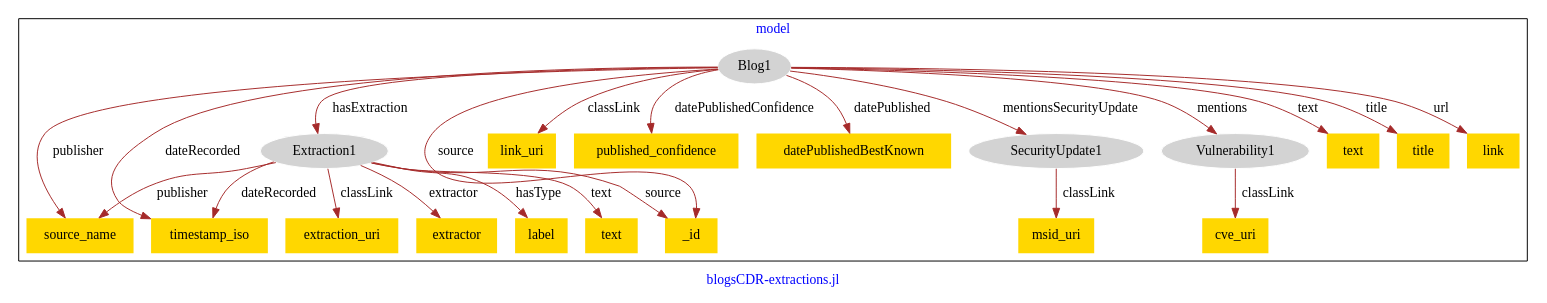
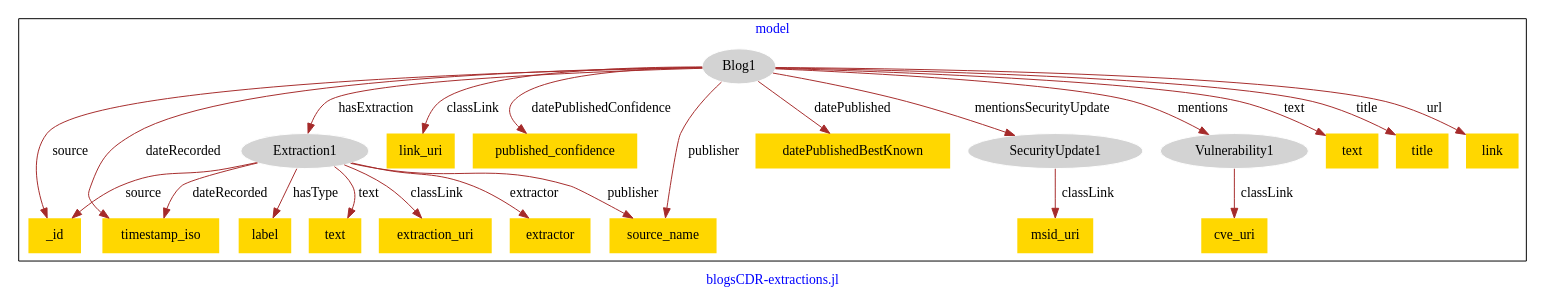
Before and after one commit to usc-isi-i2/effect-alignment: the diagram in models/hg-blogs/blogs-model.dot, drawn with Graphviz.

Commit message:
Update file blogs-model.dot

```diff
--- a/models/hg-blogs/blogs-model.dot
+++ b/models/hg-blogs/blogs-model.dot
@@ -1,48 +1,48 @@
 digraph n0 {
 fontcolor="blue"
 remincross="true"
 label="blogsCDR-extractions.jl"
 subgraph cluster {
 label="model"
 n2[style="filled",color="white",fillcolor="lightgray",label="Extraction1"];
 n3[shape="plaintext",style="filled",fillcolor="gold",label="extraction_uri"];
-n4[shape="plaintext",style="filled",fillcolor="gold",label="timestamp_iso"];
-n5[shape="plaintext",style="filled",fillcolor="gold",label="extractor"];
-n6[shape="plaintext",style="filled",fillcolor="gold",label="label"];
-n7[shape="plaintext",style="filled",fillcolor="gold",label="text"];
-n8[style="filled",color="white",fillcolor="lightgray",label="SecurityUpdate1"];
-n9[shape="plaintext",style="filled",fillcolor="gold",label="msid_uri"];
-n10[style="filled",color="white",fillcolor="lightgray",label="Vulnerability1"];
-n11[shape="plaintext",style="filled",fillcolor="gold",label="cve_uri"];
-n12[style="filled",color="white",fillcolor="lightgray",label="Blog1"];
-n13[shape="plaintext",style="filled",fillcolor="gold",label="link_uri"];
-n14[shape="plaintext",style="filled",fillcolor="gold",label="published_confidence"];
+n4[shape="plaintext",style="filled",fillcolor="gold",label="extractor"];
+n5[shape="plaintext",style="filled",fillcolor="gold",label="label"];
+n6[shape="plaintext",style="filled",fillcolor="gold",label="text"];
+n7[style="filled",color="white",fillcolor="lightgray",label="SecurityUpdate1"];
+n8[shape="plaintext",style="filled",fillcolor="gold",label="msid_uri"];
+n9[style="filled",color="white",fillcolor="lightgray",label="Vulnerability1"];
+n10[shape="plaintext",style="filled",fillcolor="gold",label="cve_uri"];
+n11[style="filled",color="white",fillcolor="lightgray",label="Blog1"];
+n12[shape="plaintext",style="filled",fillcolor="gold",label="link_uri"];
+n13[shape="plaintext",style="filled",fillcolor="gold",label="published_confidence"];
+n14[shape="plaintext",style="filled",fillcolor="gold",label="timestamp_iso"];
 n15[shape="plaintext",style="filled",fillcolor="gold",label="datePublishedBestKnown"];
 n16[shape="plaintext",style="filled",fillcolor="gold",label="source_name"];
 n17[shape="plaintext",style="filled",fillcolor="gold",label="_id"];
 n18[shape="plaintext",style="filled",fillcolor="gold",label="text"];
 n19[shape="plaintext",style="filled",fillcolor="gold",label="title"];
 n20[shape="plaintext",style="filled",fillcolor="gold",label="link"];
 }
 n2 -> n3[color="brown",fontcolor="black",label="classLink"]
-n2 -> n4[color="brown",fontcolor="black",label="dateRecorded"]
-n2 -> n5[color="brown",fontcolor="black",label="extractor"]
-n2 -> n6[color="brown",fontcolor="black",label="hasType"]
-n2 -> n7[color="brown",fontcolor="black",label="text"]
-n8 -> n9[color="brown",fontcolor="black",label="classLink"]
-n10 -> n11[color="brown",fontcolor="black",label="classLink"]
-n12 -> n13[color="brown",fontcolor="black",label="classLink"]
-n12 -> n14[color="brown",fontcolor="black",label="datePublishedConfidence"]
-n12 -> n4[color="brown",fontcolor="black",label="dateRecorded"]
-n12 -> n15[color="brown",fontcolor="black",label="datePublished"]
-n12 -> n16[color="brown",fontcolor="black",label="publisher"]
-n12 -> n17[color="brown",fontcolor="black",label="source"]
-n12 -> n18[color="brown",fontcolor="black",label="text"]
-n12 -> n19[color="brown",fontcolor="black",label="title"]
-n12 -> n20[color="brown",fontcolor="black",label="url"]
-n12 -> n8[color="brown",fontcolor="black",label="mentionsSecurityUpdate"]
-n12 -> n2[color="brown",fontcolor="black",label="hasExtraction"]
+n2 -> n4[color="brown",fontcolor="black",label="extractor"]
+n2 -> n5[color="brown",fontcolor="black",label="hasType"]
+n2 -> n6[color="brown",fontcolor="black",label="text"]
+n7 -> n8[color="brown",fontcolor="black",label="classLink"]
+n9 -> n10[color="brown",fontcolor="black",label="classLink"]
+n11 -> n12[color="brown",fontcolor="black",label="classLink"]
+n11 -> n13[color="brown",fontcolor="black",label="datePublishedConfidence"]
+n11 -> n14[color="brown",fontcolor="black",label="dateRecorded"]
+n11 -> n2[color="brown",fontcolor="black",label="hasExtraction"]
+n11 -> n7[color="brown",fontcolor="black",label="mentionsSecurityUpdate"]
+n11 -> n15[color="brown",fontcolor="black",label="datePublished"]
+n11 -> n9[color="brown",fontcolor="black",label="mentions"]
+n11 -> n16[color="brown",fontcolor="black",label="publisher"]
+n11 -> n17[color="brown",fontcolor="black",label="source"]
+n11 -> n18[color="brown",fontcolor="black",label="text"]
+n11 -> n19[color="brown",fontcolor="black",label="title"]
+n11 -> n20[color="brown",fontcolor="black",label="url"]
+n2 -> n14[color="brown",fontcolor="black",label="dateRecorded"]
+n2 -> n16[color="brown",fontcolor="black",label="publisher"]
 n2 -> n17[color="brown",fontcolor="black",label="source"]
-n2 -> n16[color="brown",fontcolor="black",label="publisher"]
-n12 -> n10[color="brown",fontcolor="black",label="mentions"]
 }
```
